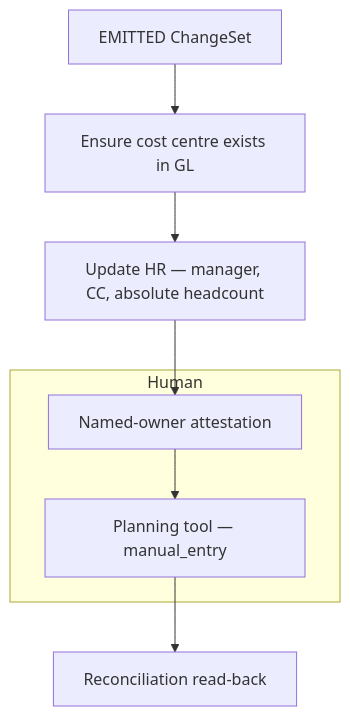
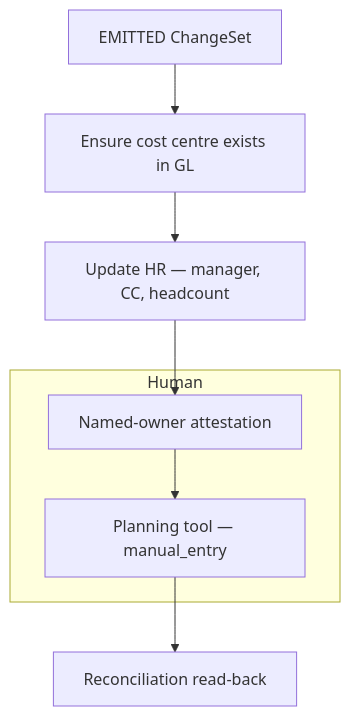
Before and after one commit to karinfdez/legal-reorg-intake: the second of 2 diagrams in docs/design.md, drawn with Mermaid. The commit also changed other lines of this file, not shown here.

````diff
--- a/docs/design.md
+++ b/docs/design.md
@@ -194,15 +113,9 @@
 ```mermaid
 flowchart TD
-  changeset[EMITTED ChangeSet]
-  gl[Ensure cost centre exists in GL]
-  hr[Update HR — manager, CC, absolute headcount]
-  changeset --> gl --> hr
-
+  changeset[EMITTED ChangeSet] --> gl[Ensure cost centre exists in GL] --> hr[Update HR — manager, CC, headcount]
   subgraph human [Human]
     attest[Named-owner attestation]
     plan[Planning tool — manual_entry]
   end
-
-  recon[Reconciliation read-back]
-  hr --> attest --> plan --> recon
+  hr --> attest --> plan --> recon[Reconciliation read-back]
 ```
````
